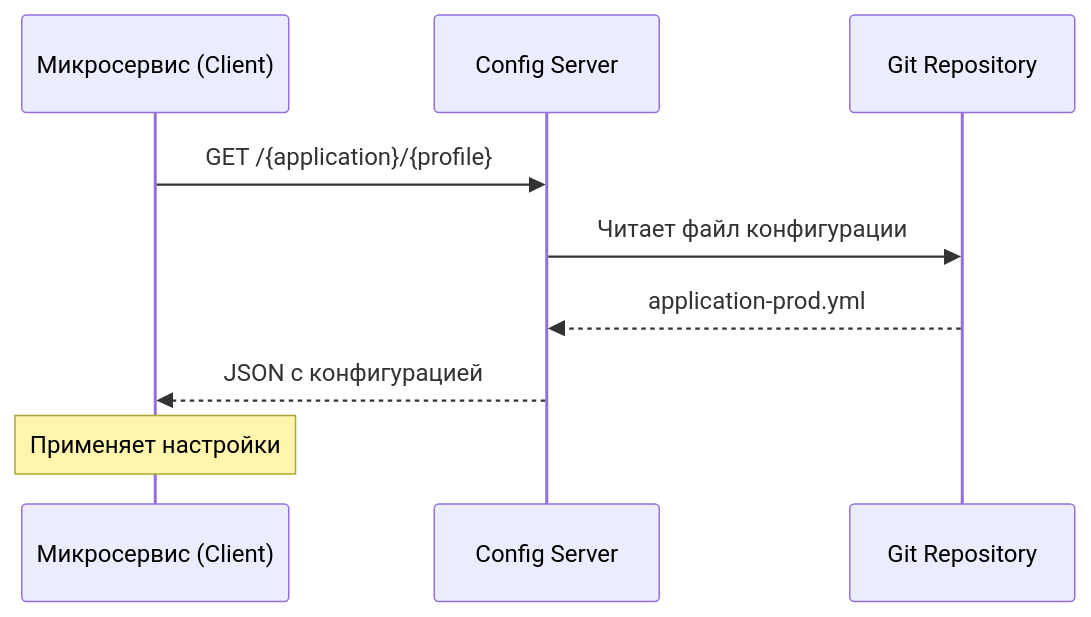
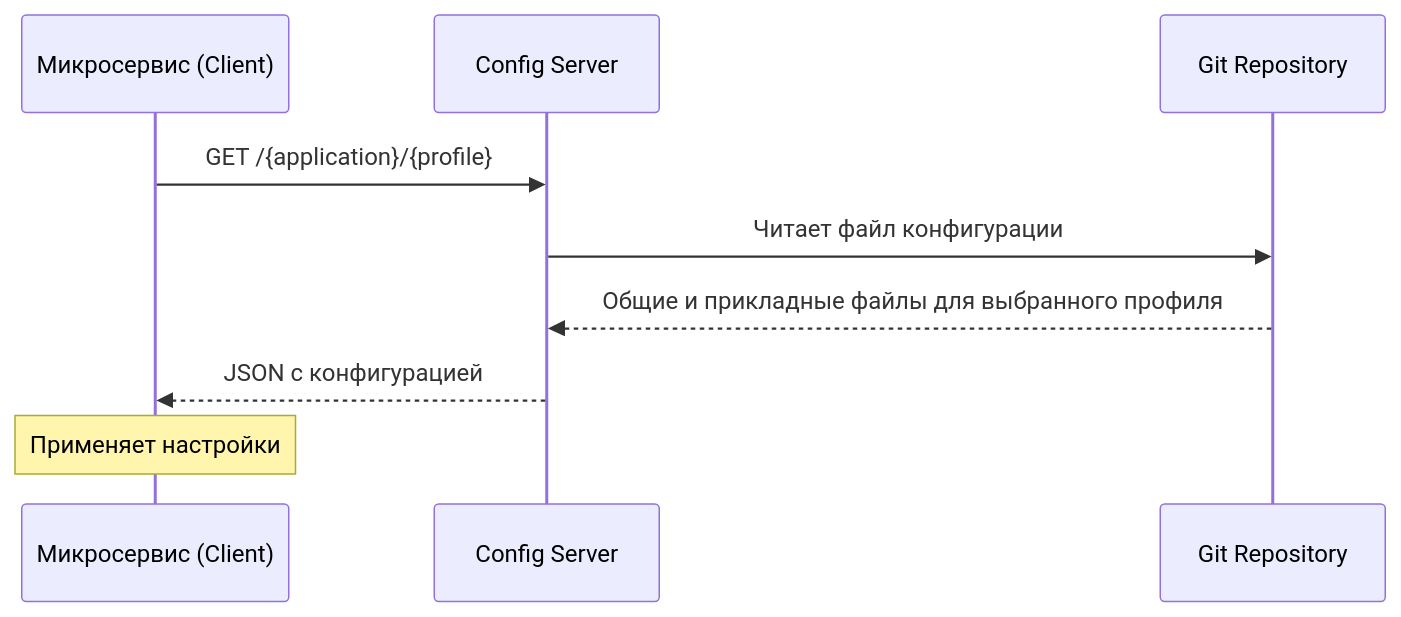
Before and after one commit to akeverus/cheat-sheet: the fourth of 19 diagrams in cheatsheets/interview/frameworks/spring/spring-cloud-interview.md, drawn with Mermaid. The commit also changed other lines of this file and 2 other files, not shown here.

````diff
--- a/cheatsheets/interview/frameworks/spring/spring-cloud-interview.md
+++ b/cheatsheets/interview/frameworks/spring/spring-cloud-interview.md
@@ -292,12 +312,12 @@
 ```mermaid
 sequenceDiagram
     participant S as Микросервис (Client)
     participant CS as Config Server
     participant Git as Git Repository
 
     S->>CS: GET /{application}/{profile}
     CS->>Git: Читает файл конфигурации
-    Git-->>CS: application-prod.yml
+    Git-->>CS: Общие и прикладные файлы для выбранного профиля
     CS-->>S: JSON с конфигурацией
     Note over S: Применяет настройки
 ```
````
